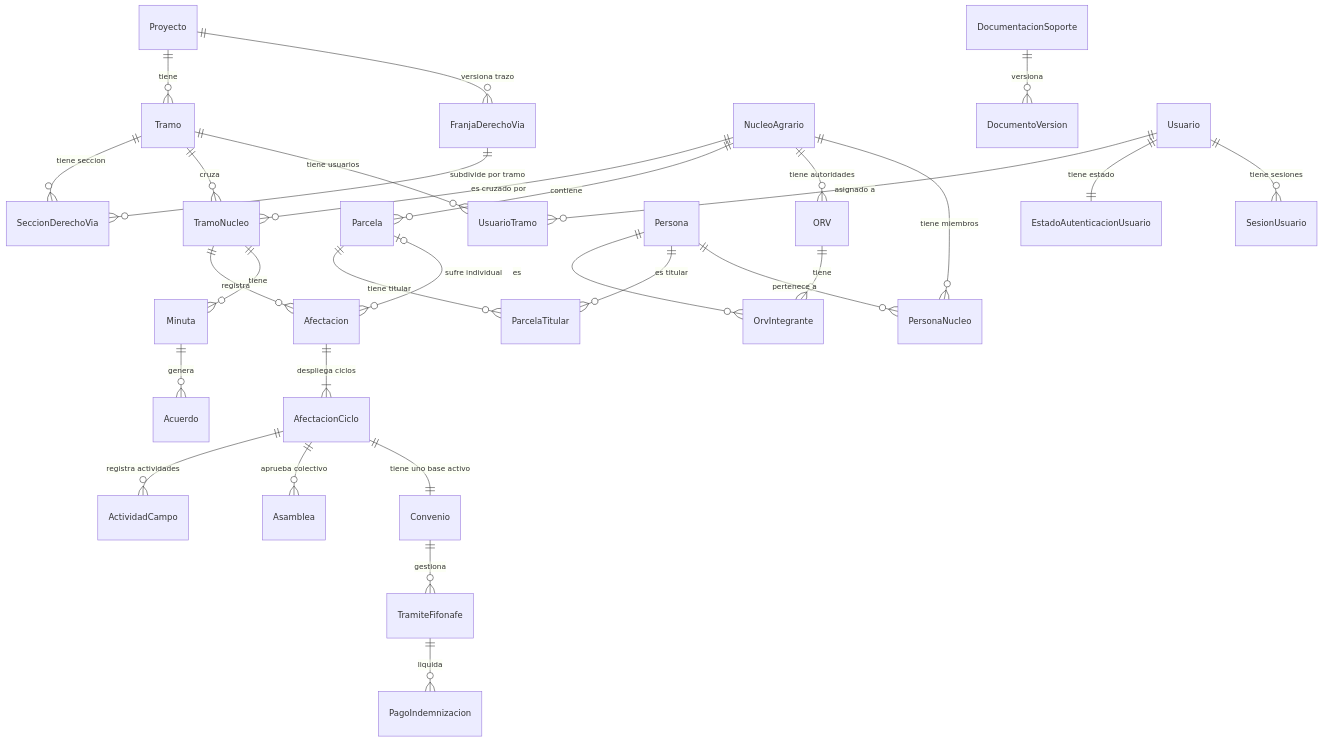
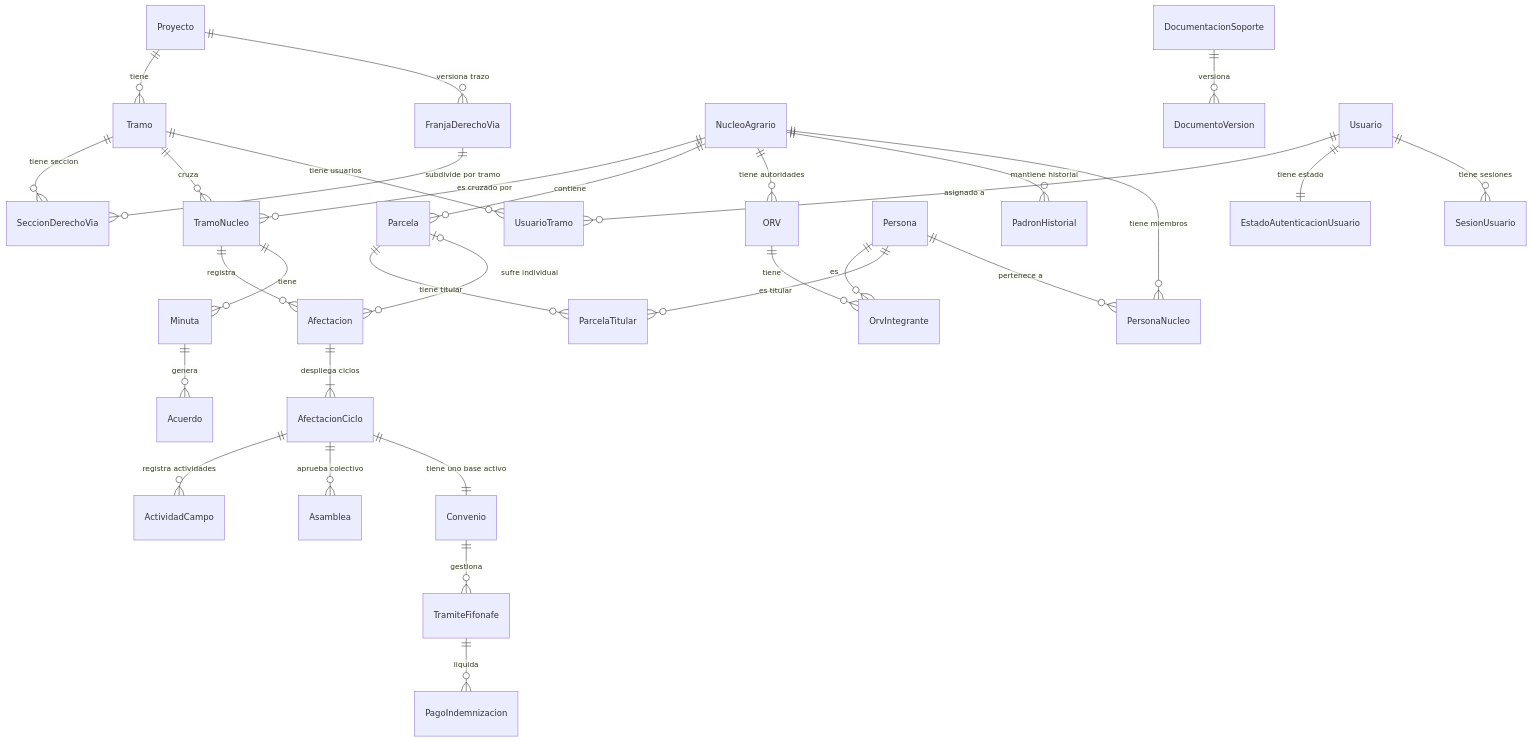
One commit to JPonce-23/Software-PA changed the first of 3 diagrams in docs/Arquitectura_Actual.md. Above: the diagram before and after it, drawn with Mermaid. The commit also changed other lines of this file and 1 other file, not shown here.

````diff
--- a/docs/Arquitectura_Actual.md
+++ b/docs/Arquitectura_Actual.md
@@ -874,35 +873,36 @@
 ```mermaid
 erDiagram
     Proyecto ||--o{ Tramo : "tiene"
     Proyecto ||--o{ FranjaDerechoVia : "versiona trazo"
     FranjaDerechoVia ||--o{ SeccionDerechoVia : "subdivide por tramo"
     Tramo ||--o{ SeccionDerechoVia : "tiene seccion"
     Tramo ||--o{ TramoNucleo : "cruza"
     NucleoAgrario ||--o{ TramoNucleo : "es cruzado por"
     NucleoAgrario ||--o{ Parcela : "contiene"
     NucleoAgrario ||--o{ ORV : "tiene autoridades"
+    NucleoAgrario ||--o{ PadronHistorial : "mantiene historial"
     ORV ||--o{ OrvIntegrante : "tiene"
     Persona ||--o{ OrvIntegrante : "es"
     Persona ||--o{ ParcelaTitular : "es titular"
     Parcela ||--o{ ParcelaTitular : "tiene titular"
     Persona ||--o{ PersonaNucleo : "pertenece a"
     NucleoAgrario ||--o{ PersonaNucleo : "tiene miembros"
 
     TramoNucleo ||--o{ Afectacion : "registra"
     Parcela |o--o{ Afectacion : "sufre individual"
     Afectacion ||--|{ AfectacionCiclo : "despliega ciclos"
     AfectacionCiclo ||--o{ ActividadCampo : "registra actividades"
     AfectacionCiclo ||--o{ Asamblea : "aprueba colectivo"
     AfectacionCiclo ||--|| Convenio : "tiene uno base activo"
     Convenio ||--o{ TramiteFifonafe : "gestiona"
     TramiteFifonafe ||--o{ PagoIndemnizacion : "liquida"
 
     DocumentacionSoporte ||--o{ DocumentoVersion : "versiona"
     Minuta ||--o{ Acuerdo : "genera"
     TramoNucleo ||--o{ Minuta : "tiene"
 
     Usuario ||--o{ UsuarioTramo : "asignado a"
     Tramo ||--o{ UsuarioTramo : "tiene usuarios"
     Usuario ||--|| EstadoAutenticacionUsuario : "tiene estado"
     Usuario ||--o{ SesionUsuario : "tiene sesiones"
 ```
````
